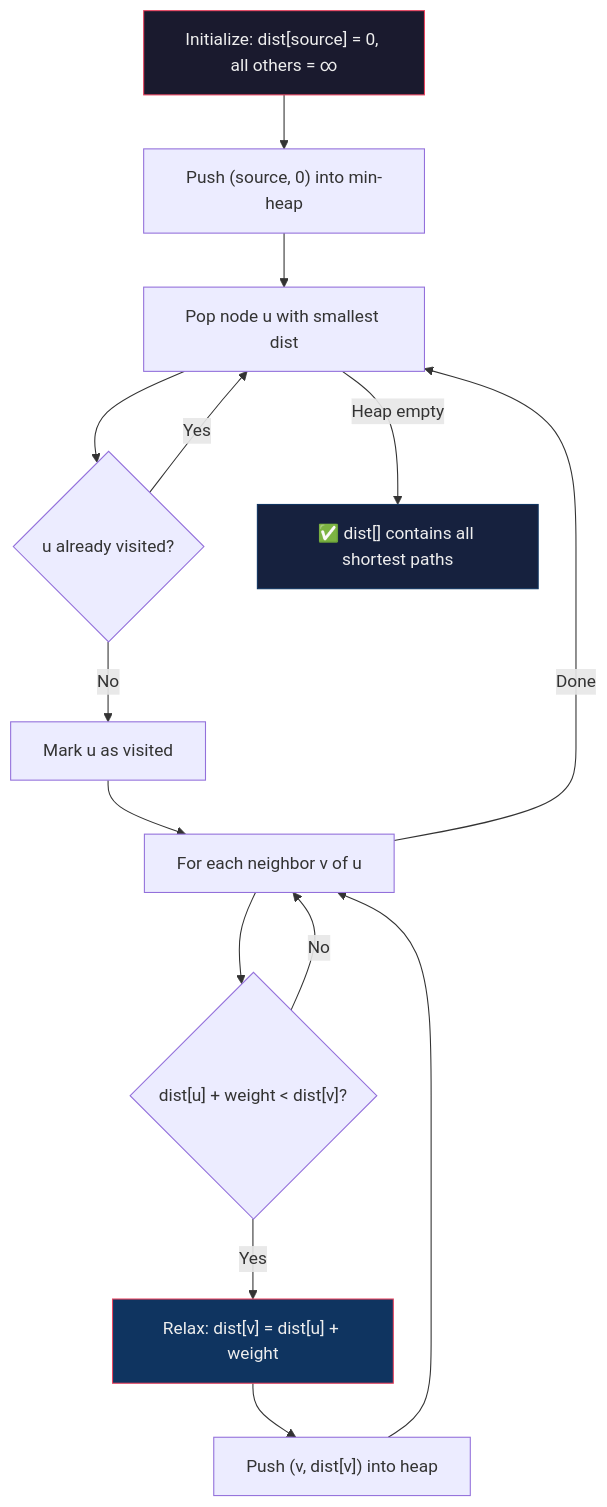
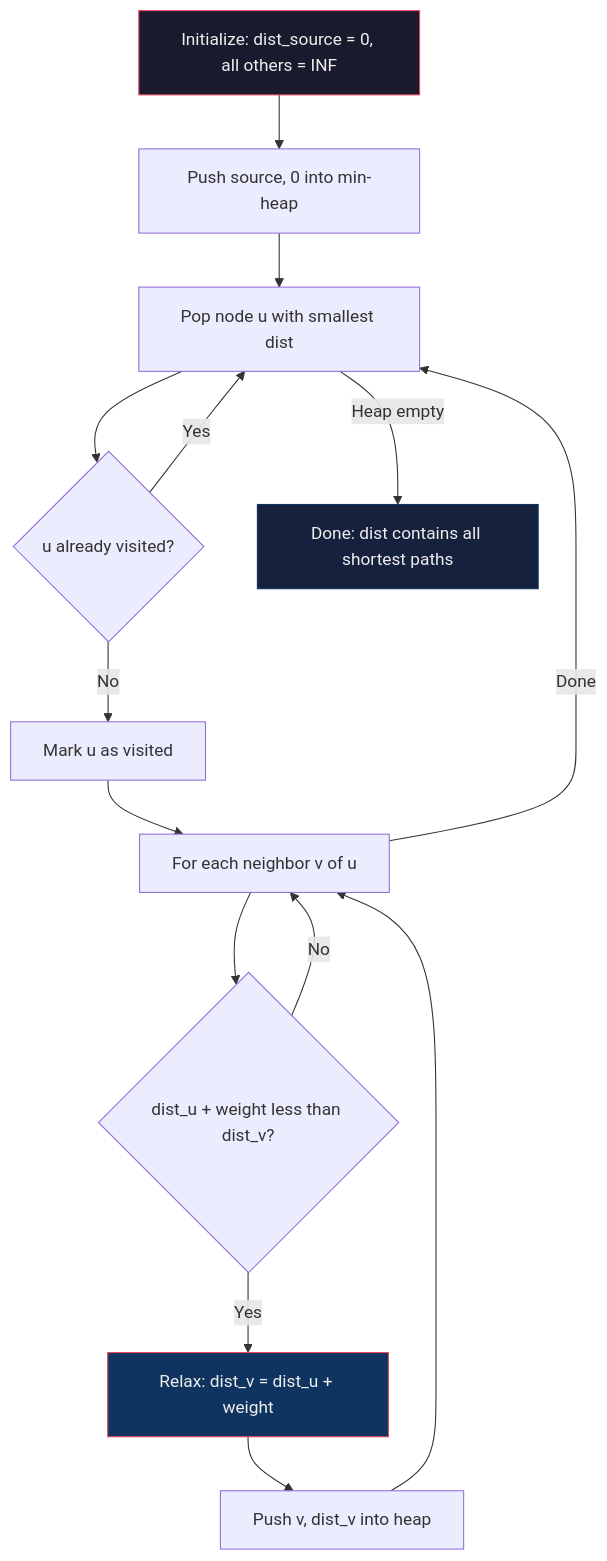
Diagram 15 of 17 in notes/Graph.md (istaari/Leetcode), drawn with Mermaid before and after one commit. The commit also changed other lines of this file and 12 other files, not shown here.

````diff
--- a/notes/Graph.md
+++ b/notes/Graph.md
@@ -2039,20 +2039,20 @@
 ```mermaid
 graph TD
-    A["Initialize: dist[source] = 0, all others = ∞"] --> B["Push (source, 0) into min-heap"]
+    A["Initialize: dist_source = 0, all others = INF"] --> B["Push source, 0 into min-heap"]
     B --> C["Pop node u with smallest dist"]
     C --> D{"u already visited?"}
     D -- "Yes" --> C
     D -- "No" --> E["Mark u as visited"]
     E --> F["For each neighbor v of u"]
-    F --> G{"dist[u] + weight < dist[v]?"}
-    G -- "Yes" --> H["Relax: dist[v] = dist[u] + weight"]
-    H --> I["Push (v, dist[v]) into heap"]
+    F --> G{"dist_u + weight less than dist_v?"}
+    G -- "Yes" --> H["Relax: dist_v = dist_u + weight"]
+    H --> I["Push v, dist_v into heap"]
     I --> F
     G -- "No" --> F
     F -- "Done" --> C
-    C -- "Heap empty" --> J["✅ dist[] contains all shortest paths"]
+    C -- "Heap empty" --> J["Done: dist contains all shortest paths"]
 
     style A fill:#1a1a2e,stroke:#e94560,color:#eee
     style H fill:#0f3460,stroke:#e94560,color:#eee
     style J fill:#16213e,stroke:#0f3460,color:#eee
 ```
````
